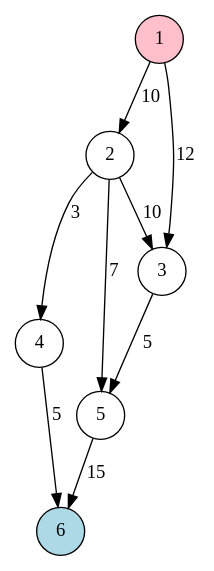
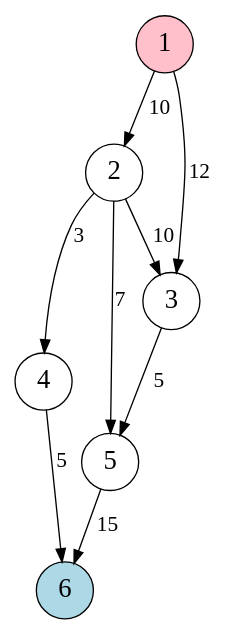
The diagram in NetworkData/Networks/Network_1.dot (AdrianMatei20/FlowAlgorithmsVisualized), drawn with Graphviz before and after one commit. The commit also changed 4 other files, not shown here.

Commit message:
Added Graphviz4Net for DOT parsing.

```diff
--- a/NetworkData/Networks/Network_1.dot
+++ b/NetworkData/Networks/Network_1.dot
@@ -1,21 +1,22 @@
 digraph {
 
-    node [shape=circle];
+    node [shape="circle", fontsize="20px"];
+    edge [fontsize="20px"];
 
-    1 [label="1", style="filled", fillcolor="pink", pos="0,1!"];
-    2 [label="2", pos="1,0!"];
-    3 [label="3", pos="1,2!"];
-    4 [label="4", pos="3,0!"];
-    5 [label="5", pos="3,2!"];
-    6 [label="6", style="filled", fillcolor="lightblue", pos="4,1!"];
+    1 [label="1", pos="0,1!", fontsize="20px", shape="circle", style="filled", fillcolor="pink"];
+    2 [label="2", pos="1,2!", fontsize="20px", shape="circle"];
+    3 [label="3", pos="1,0!", fontsize="20px", shape="circle"];
+    4 [label="4", pos="3,2!", fontsize="20px", shape="circle"];
+    5 [label="5", pos="3,0!", fontsize="20px", shape="circle"];
+    6 [label="6", pos="4,1!", fontsize="20px", shape="circle", style="filled", fillcolor="lightblue"];
 
-    1 -> 2 [label="10"];
-    1 -> 3 [label="12"];
-    2 -> 3 [label="10"];
-    2 -> 4 [label="3"];
-    2 -> 5 [label="7"];
-    3 -> 5 [label="5"];
-    4 -> 6 [label="5"];
-    5 -> 6 [label="15"];
+    1 -> 2 [label="10", fontsize="16px"];
+    1 -> 3 [label="12", fontsize="16px"];
+    2 -> 3 [label="10", fontsize="16px"];
+    2 -> 4 [label="3", fontsize="16px"];
+    2 -> 5 [label="7", fontsize="16px"];
+    3 -> 5 [label="5", fontsize="16px"];
+    4 -> 6 [label="5", fontsize="16px"];
+    5 -> 6 [label="15", fontsize="16px"];
 
 }
```
